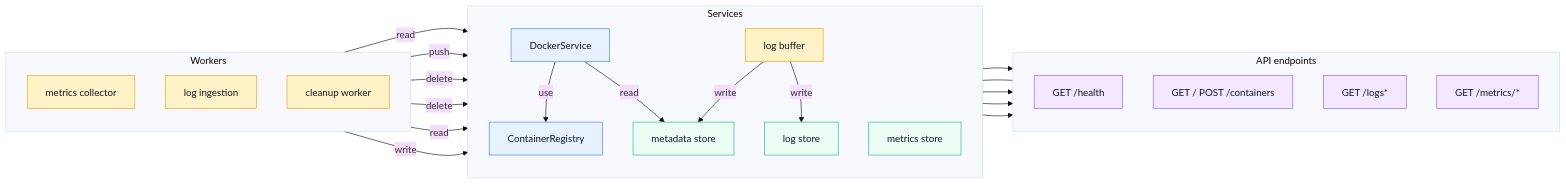
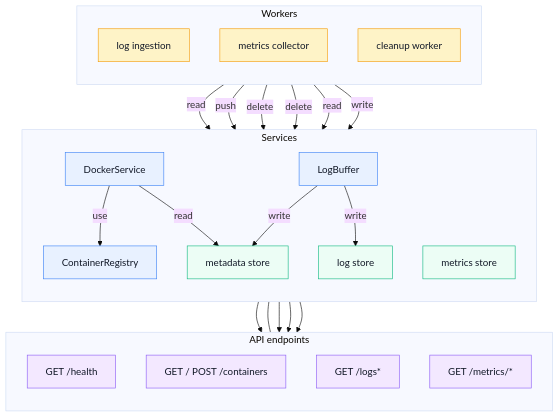
Before and after one commit to skvostik/vpsiner: the first of 4 diagrams in docs/ARCHITECTURE.md, drawn with Mermaid (base theme). The commit also changed other lines of this file, not shown here.

````diff
--- a/docs/ARCHITECTURE.md
+++ b/docs/ARCHITECTURE.md
@@ -10,57 +11,57 @@
 ```mermaid
-flowchart LR
+flowchart TB
     subgraph Left[Workers]
         direction TB
+        LogIngest[log ingestion]
         MetricsCollector[metrics collector]
-        LogIngest[log ingestion]
         Retention[cleanup worker]
     end
 
     subgraph Middle[Services]
         direction TB
         Docker[DockerService]
         Registry[ContainerRegistry]
         Metadata[metadata store]
-        LogBuffer[log buffer]
+        LogBuffer[LogBuffer]
         LogStore[log store]
         MetricsStore[metrics store]
     end
 
     subgraph Right[API endpoints]
         direction TB
         Health[GET /health]
         Containers[GET / POST /containers]
         Logs[GET /logs*]
         Metrics[GET /metrics/*]
     end
 
     LogIngest -->|read| Docker
     LogIngest -->|push| LogBuffer
     LogBuffer -->|write| Metadata
     LogBuffer -->|write| LogStore
 
     Docker -->|use| Registry
     Docker -->|read| Metadata
 
     Retention -->|delete| MetricsStore
     Retention -->|delete| LogStore
 
     Docker --> Health
     Docker --- Containers
     LogStore --> Logs
     Metadata --> Logs
     MetricsStore --> Metrics
 
     MetricsCollector -->|read| Docker
     MetricsCollector -->|write| MetricsStore
 
     classDef worker fill:#fef3c7,stroke:#f59e0b,stroke-width:1px,color:#111827;
     classDef service fill:#e8f1ff,stroke:#3b82f6,stroke-width:1px,color:#111827;
     classDef store fill:#ecfdf5,stroke:#10b981,stroke-width:1px,color:#111827;
     classDef api fill:#f3e8ff,stroke:#8b5cf6,stroke-width:1px,color:#111827;
 
-    class MetricsCollector,LogIngest,LogBuffer,Retention worker;
-    class Docker,Registry service;
+    class MetricsCollector,LogIngest,Retention worker;
+    class Docker,Registry,LogBuffer service;
     class MetricsStore,LogStore,Metadata store;
     class Health,Containers,Metrics,Logs api;
 ```
````
